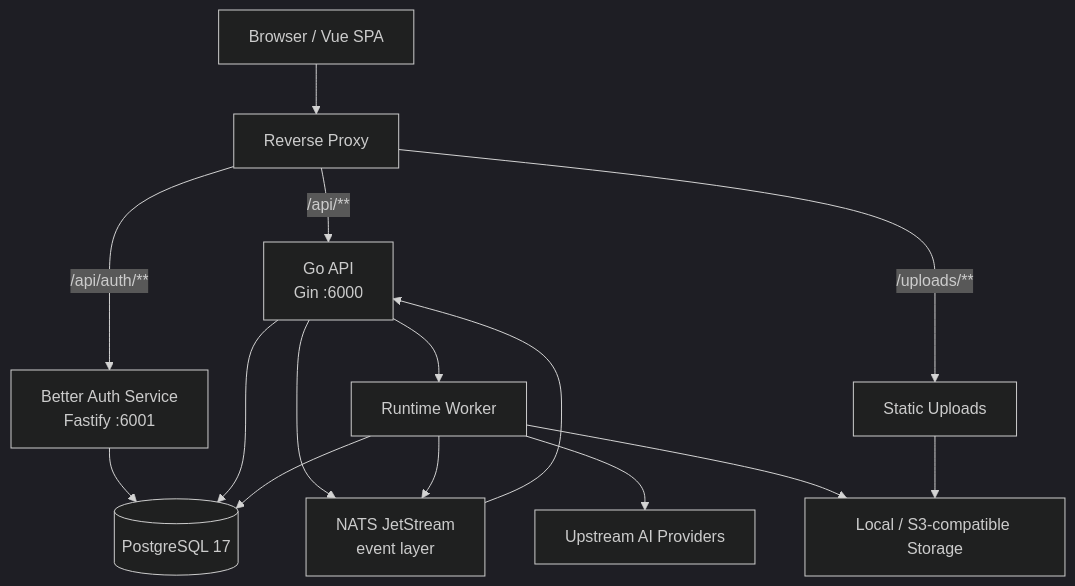
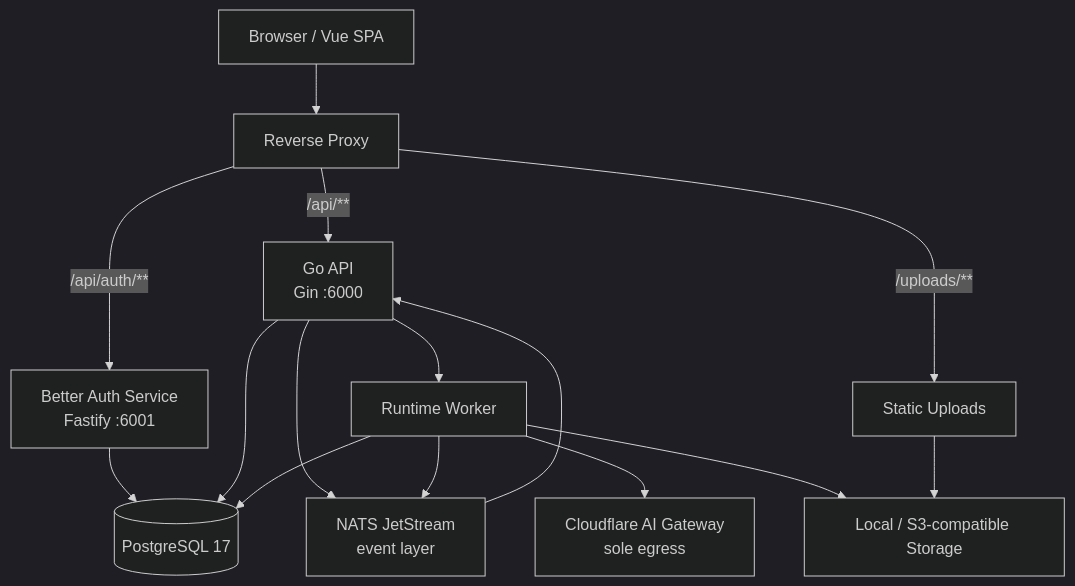
The diagram in DESIGN.md (Ericsunsk/IdeaBoard), drawn with Mermaid (dark theme) before and after one commit. The commit also changed other lines of this file and 11 other files, not shown here.

````diff
--- a/DESIGN.md
+++ b/DESIGN.md
@@ -26,19 +26,19 @@
 ```mermaid
 flowchart TB
     Browser["Browser / Vue SPA"] --> Proxy["Reverse Proxy"]
     Proxy -- "/api/auth/**" --> Auth["Better Auth Service<br>Fastify :6001"]
     Proxy -- "/api/**" --> API["Go API<br>Gin :6000"]
     Proxy -- "/uploads/**" --> Uploads["Static Uploads"]
 
     Auth --> Postgres[("PostgreSQL 17")]
     API --> Postgres
     API --> NATS["NATS JetStream<br>event layer"]
     API --> Worker["Runtime Worker"]
 
     Worker --> Postgres
-    Worker --> AI["Upstream AI Providers"]
+    Worker --> AI["Cloudflare AI Gateway<br>sole egress"]
     Worker --> Storage["Local / S3-compatible Storage"]
     Worker --> NATS
     Uploads --> Storage
     NATS --> API
 ```
````
